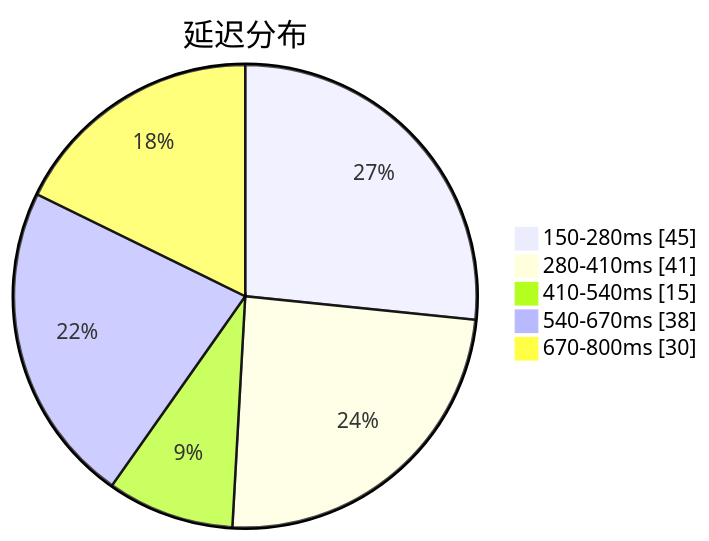
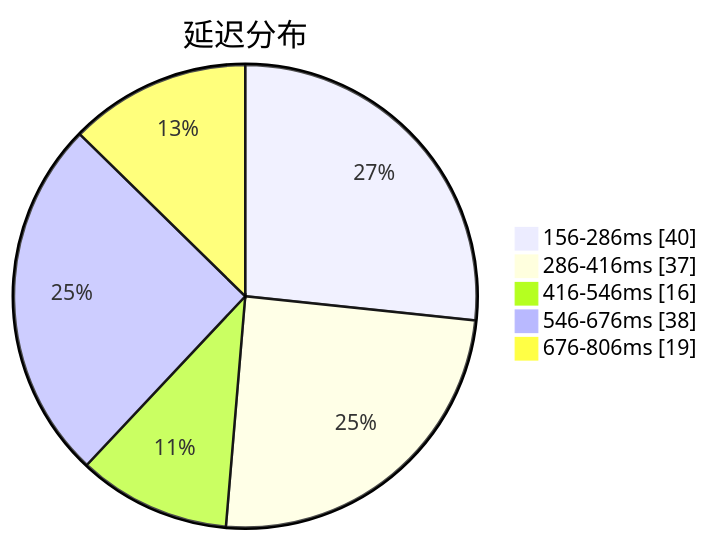
One commit to qjlxg/airport changed the first of 3 diagrams in subs/statistics/tested_within.md. Above: the diagram before and after it, drawn with Mermaid. The commit also changed other lines of this file and 2 other files, not shown here.

````diff
--- a/subs/statistics/tested_within.md
+++ b/subs/statistics/tested_within.md
@@ -2,9 +2,9 @@
 ```mermaid
 pie showData
 title 延迟分布
-"150-280ms" : 45
-"280-410ms" : 41
-"410-540ms" : 15
-"540-670ms" : 38
-"670-800ms" : 30
+"156-286ms" : 40
+"286-416ms" : 37
+"416-546ms" : 16
+"546-676ms" : 38
+"676-806ms" : 19
 ```
````
